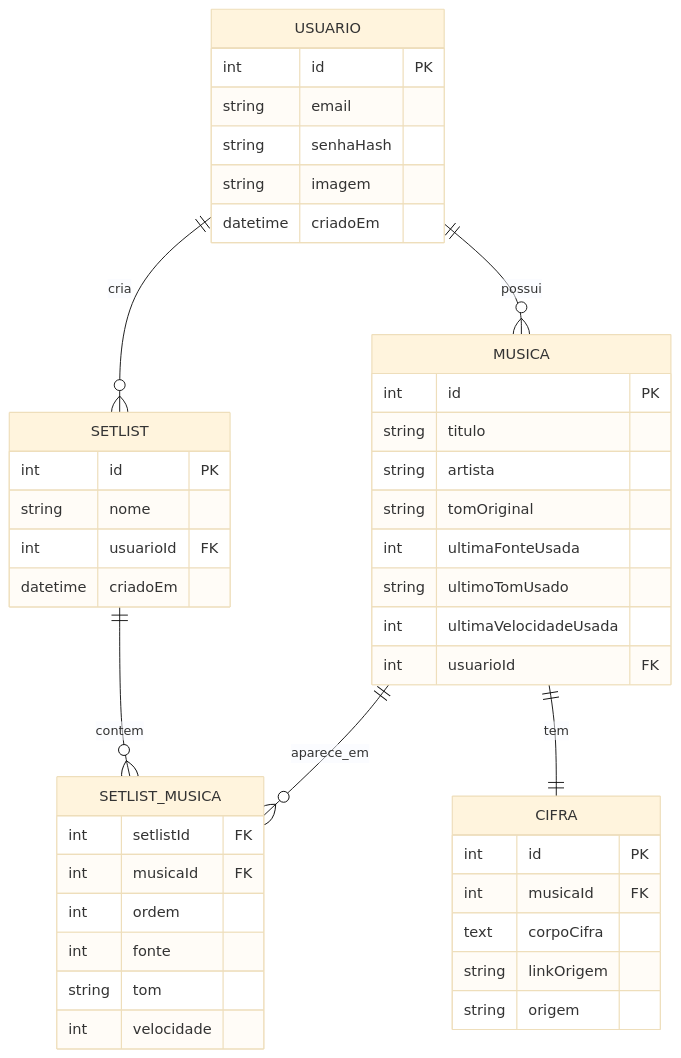
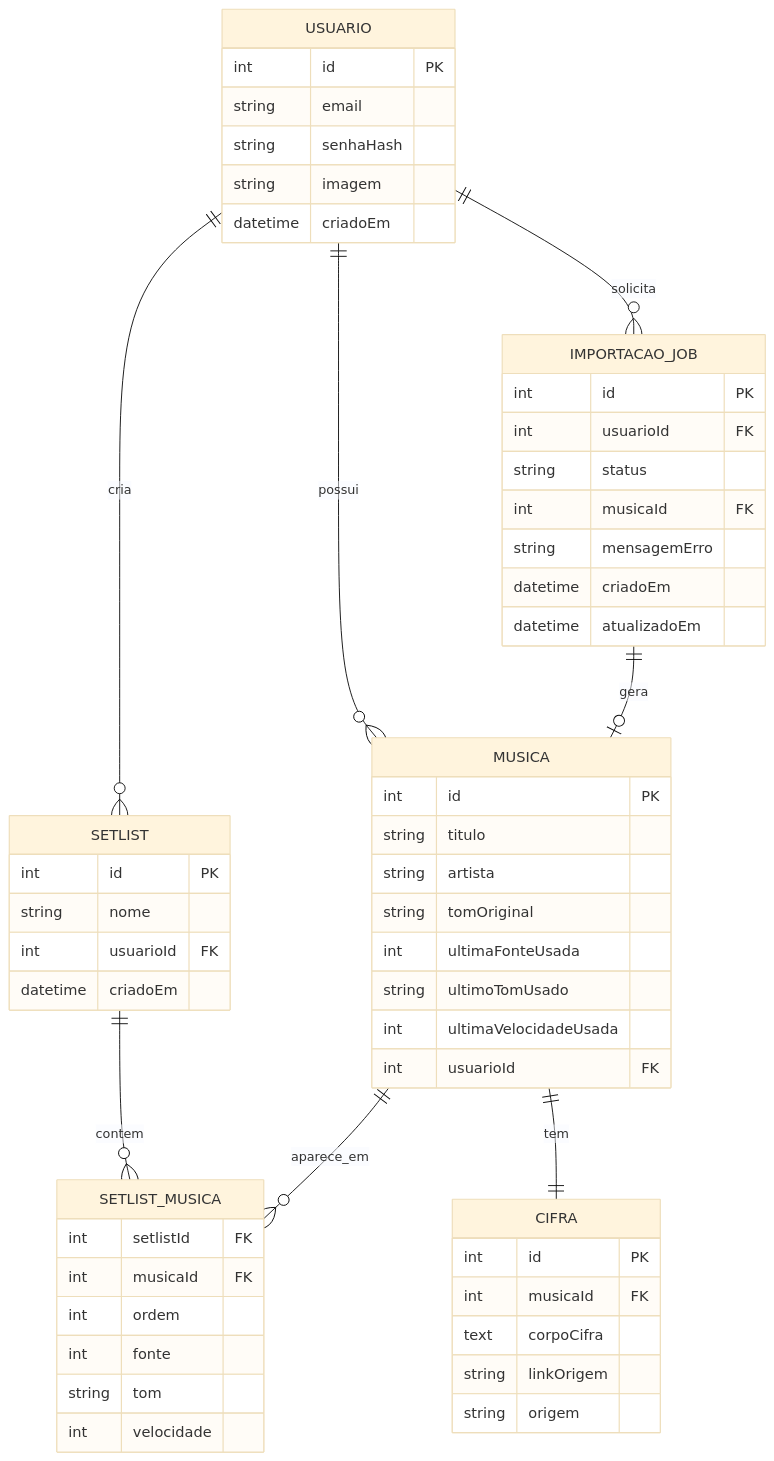
One commit to Eronrhcp/palco---android changed the diagram in docs/diagrams/er-model.md. Above: the diagram before and after it, drawn with Mermaid (base theme). The commit also changed other lines of this file and 1 other file, not shown here.

First line of the commit message:
docs: atualização do modelo ER e da especificação OpenAPI para a importação assíncrona de cifras

````diff
--- a/docs/diagrams/er-model.md
+++ b/docs/diagrams/er-model.md
@@ -9,51 +9,63 @@
 ```mermaid
 erDiagram
     USUARIO ||--o{ SETLIST : "cria"
     USUARIO ||--o{ MUSICA : "possui"
     MUSICA ||--|| CIFRA : "tem"
     SETLIST ||--o{ SETLIST_MUSICA : "contem"
     MUSICA ||--o{ SETLIST_MUSICA : "aparece_em"
+    USUARIO ||--o{ IMPORTACAO_JOB : "solicita"
+    IMPORTACAO_JOB ||--o| MUSICA : "gera"
 
     USUARIO {
         int id PK
         string email
         string senhaHash
         string imagem
         datetime criadoEm
     }
 
     SETLIST {
         int id PK
         string nome
         int usuarioId FK
         datetime criadoEm
     }
 
     MUSICA {
         int id PK
         string titulo
         string artista
         string tomOriginal
         int ultimaFonteUsada
         string ultimoTomUsado
         int ultimaVelocidadeUsada
         int usuarioId FK
     }
 
     CIFRA {
         int id PK
         int musicaId FK
         text corpoCifra
         string linkOrigem
         string origem
     }
 
     SETLIST_MUSICA {
         int setlistId FK
         int musicaId FK
         int ordem
         int fonte
         string tom
         int velocidade
     }
+
+    IMPORTACAO_JOB {
+        int id PK
+        int usuarioId FK
+        string status
+        int musicaId FK
+        string mensagemErro
+        datetime criadoEm
+        datetime atualizadoEm
+    }
 ```
````
